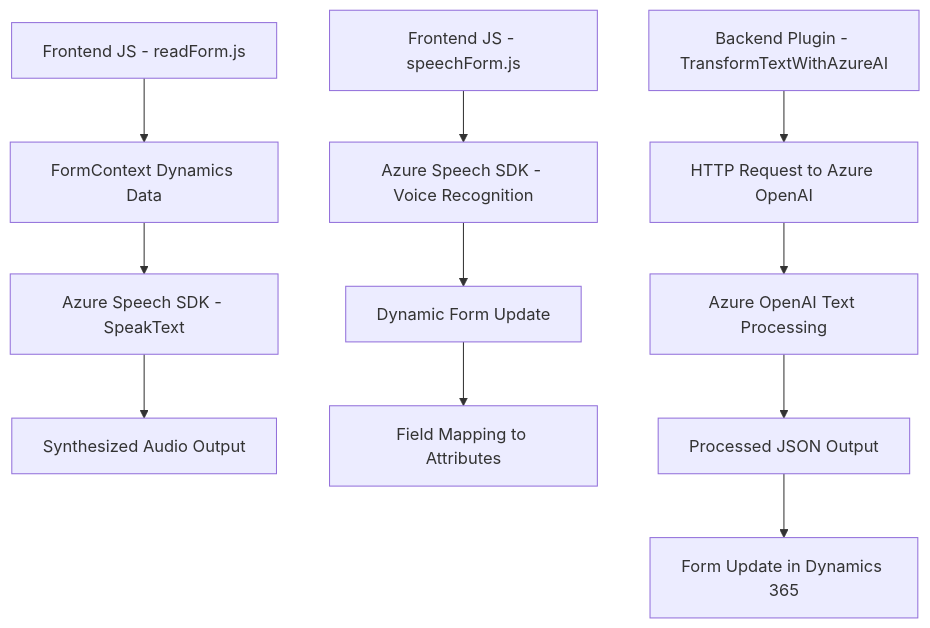
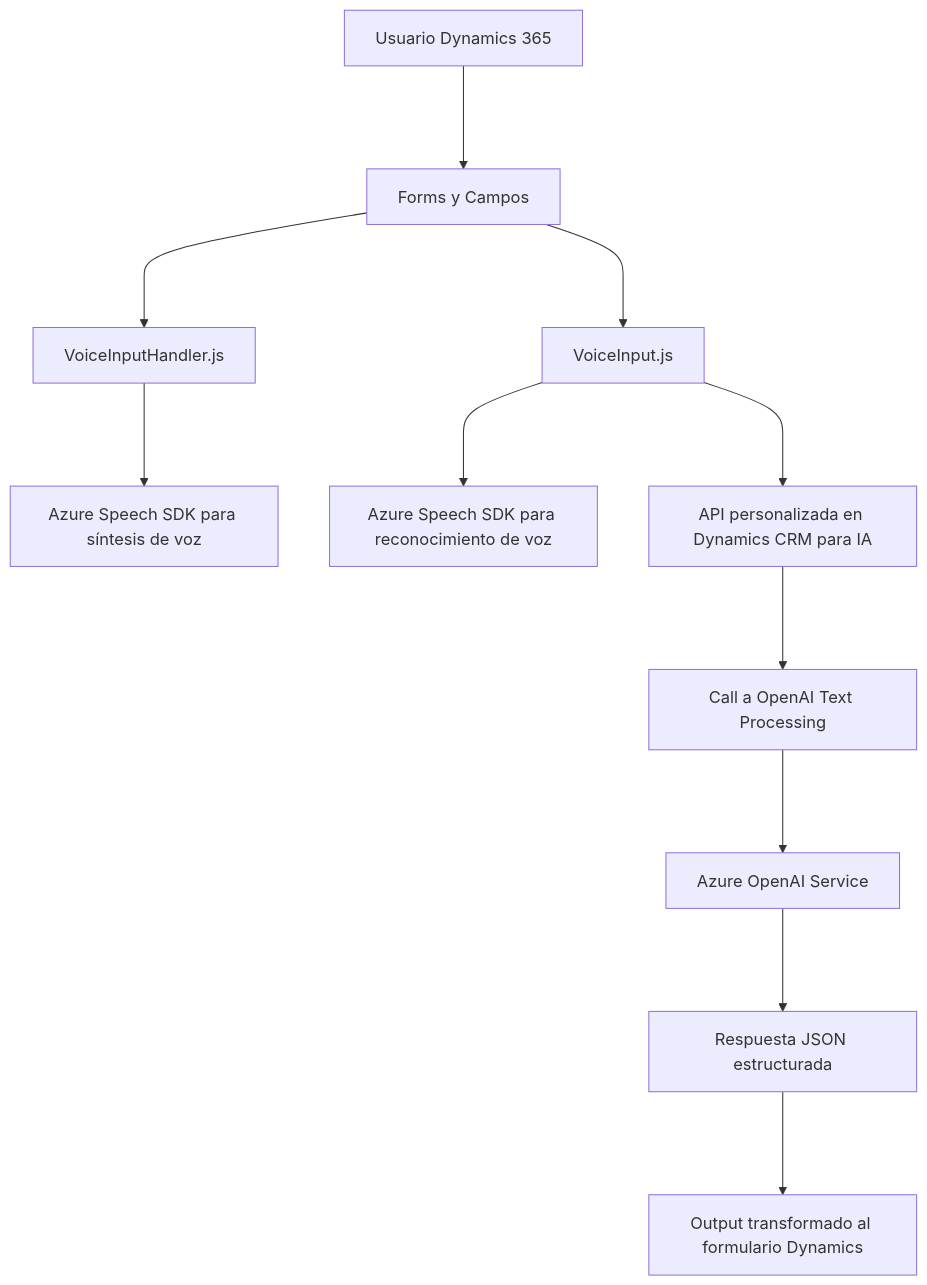
Before and after one commit to blopezdm/NETCORE_BILBAO2025: the diagram in README.md, drawn with Mermaid. The commit also changed other lines of this file, not shown here.

````diff
--- a/README.md
+++ b/README.md
@@ -59,15 +43,13 @@
 ```mermaid
 graph TD
-    A["Frontend JS - readForm.js"] --> B["FormContext Dynamics Data"]
-    B --> C["Azure Speech SDK - SpeakText"]
-    C --> D["Synthesized Audio Output"]
-
-    E["Frontend JS - speechForm.js"] --> F["Azure Speech SDK - Voice Recognition"]
-    F --> G["Dynamic Form Update"]
-    G --> H["Field Mapping to Attributes"]
-
-    I["Backend Plugin - TransformTextWithAzureAI"] --> J["HTTP Request to Azure OpenAI"]
-    J --> K["Azure OpenAI Text Processing"]
-    K --> L["Processed JSON Output"]
-    L --> M["Form Update in Dynamics 365"]
+  A["Usuario Dynamics 365"] ---> B["Forms y Campos"]
+  B ---> C["VoiceInputHandler.js"]
+  B ---> D["VoiceInput.js"]
+  C ---> E["Azure Speech SDK para síntesis de voz"]
+  D ---> F["Azure Speech SDK para reconocimiento de voz"]
+  D ---> G["API personalizada en Dynamics CRM para IA"]
+  G ---> H["Call a OpenAI Text Processing"]
+  H ---> I["Azure OpenAI Service"]
+  I ---> J["Respuesta JSON estructurada"]
+  J ---> K["Output transformado al formulario Dynamics"]
 ```
````
